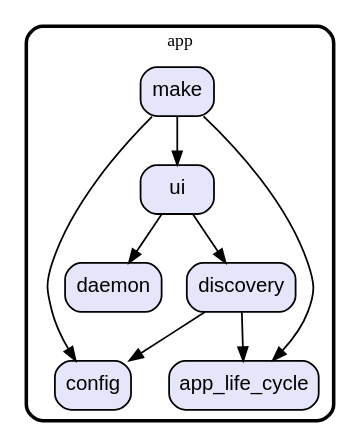
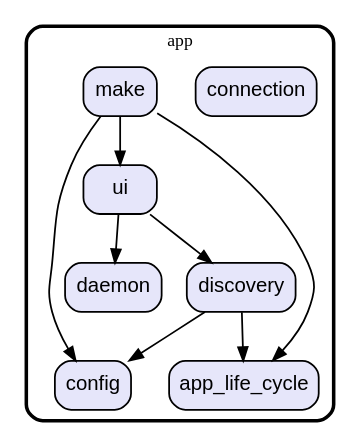
The diagram in graph/lib/app.dot (gev/reacthome-mobile), drawn with Graphviz before and after one commit. The commit also changed 22 other files, not shown here.

Commit message:
update dependencies graph

```diff
--- a/graph/lib/app.dot
+++ b/graph/lib/app.dot
@@ -1,27 +1,29 @@
 digraph "" {
   graph [style=rounded fontname="Arial Black" fontsize=13 penwidth=2.6];
   node [shape=rect style="filled,rounded" fontname=Arial fontsize=15 fillcolor=Lavender penwidth=1.3];
   edge [penwidth=1.3];
   "/daemon.dart" [label="daemon"];
   "/ui.dart" [label="ui"];
   "/config.dart" [label="config"];
+  "/connection.dart" [label="connection"];
   "/app_life_cycle.dart" [label="app_life_cycle"];
   "/discovery.dart" [label="discovery"];
   "/make.dart" [label="make"];
   subgraph "cluster~" {
     label="app";
     "/daemon.dart";
     "/ui.dart";
     "/config.dart";
+    "/connection.dart";
     "/app_life_cycle.dart";
     "/discovery.dart";
     "/make.dart";
   }
   "/ui.dart" -> "/daemon.dart";
   "/ui.dart" -> "/discovery.dart";
   "/discovery.dart" -> "/app_life_cycle.dart";
   "/discovery.dart" -> "/config.dart";
   "/make.dart" -> "/app_life_cycle.dart";
   "/make.dart" -> "/config.dart";
   "/make.dart" -> "/ui.dart";
 }
```
